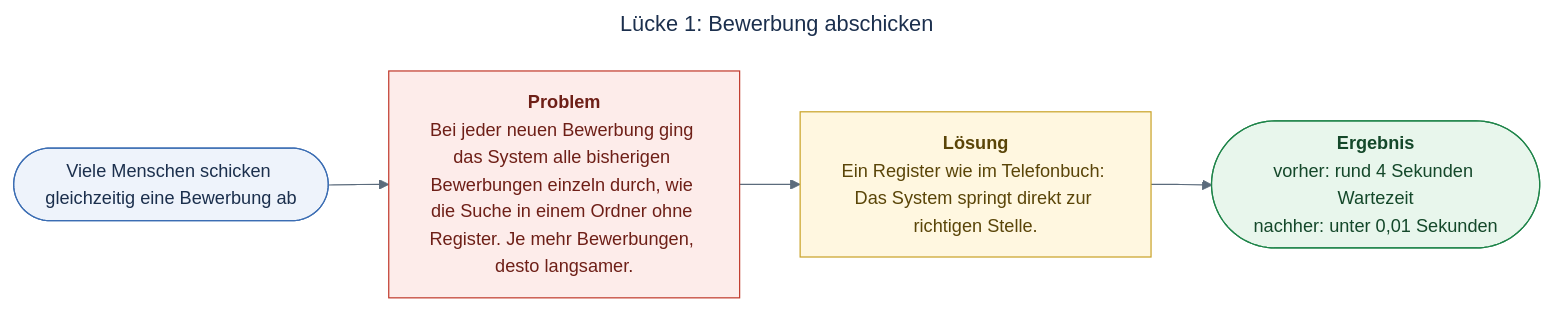
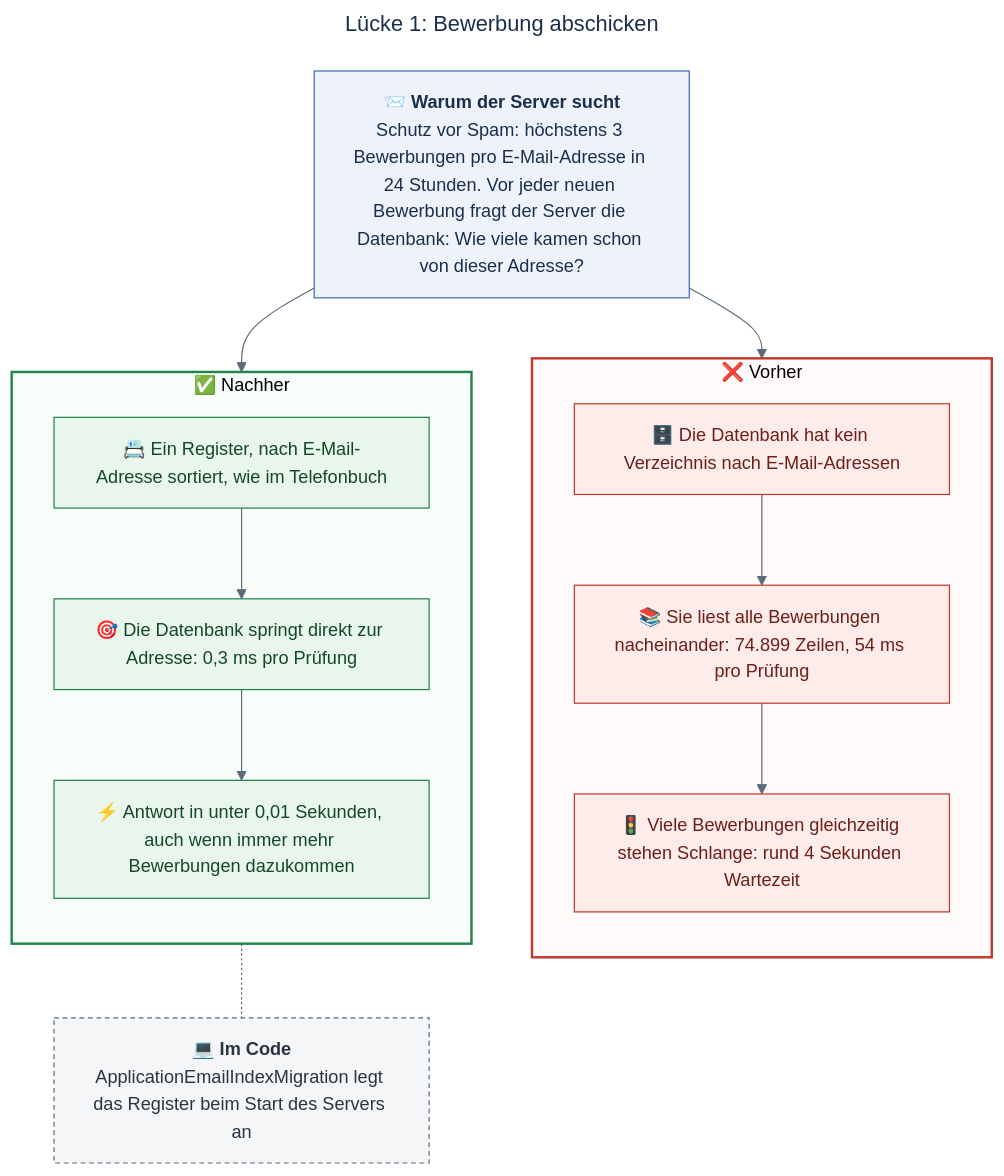
One commit to kamalshekho/design-thinking-workshop changed the third of 5 diagrams in load-test/RESULTS.md. Above: the diagram before and after it, drawn with Mermaid. The commit also changed other lines of this file, not shown here.

Commit message:
docs(load-test): explain each gap in plain words with icon diagrams and code pointers

````diff
--- a/load-test/RESULTS.md
+++ b/load-test/RESULTS.md
@@ -105,33 +114,44 @@
 ```mermaid
 ---
 title: "Lücke 1: Bewerbung abschicken"
 config:
   theme: base
   themeVariables:
     fontSize: "15px"
     primaryColor: "#eef3fb"
     primaryBorderColor: "#3b6db3"
     primaryTextColor: "#1b2f4d"
     lineColor: "#5b6b7c"
     edgeLabelBackground: "#ffffff"
+    clusterBkg: "#ffffff"
   flowchart:
-    wrappingWidth: 230
+    wrappingWidth: 250
     curve: basis
 ---
-flowchart LR
-    %% Situation, problem, fix, result: read from left to right.
-    s([Viele Menschen schicken gleichzeitig eine Bewerbung ab])
-    p["<b>Problem</b><br/>Bei jeder neuen Bewerbung ging das System alle bisherigen Bewerbungen einzeln durch, wie die Suche in einem Ordner ohne Register. Je mehr Bewerbungen, desto langsamer."]
-    l["<b>Lösung</b><br/>Ein Register wie im Telefonbuch: Das System springt direkt zur richtigen Stelle."]
-    r(["<b>Ergebnis</b><br/>vorher: rund 4 Sekunden Wartezeit<br/>nachher: unter 0,01 Sekunden"])
-    s --> p --> l --> r
+flowchart TB
+    %% Why the check exists, what went wrong, what changed, where it lives.
+    why["📨 <b>Warum der Server sucht</b><br/>Schutz vor Spam: höchstens 3 Bewerbungen pro E-Mail-Adresse in 24 Stunden. Vor jeder neuen Bewerbung fragt der Server die Datenbank: Wie viele kamen schon von dieser Adresse?"]
+    subgraph before["❌ Vorher"]
+        direction TB
+        b1["🗄️ Die Datenbank hat kein Verzeichnis nach E-Mail-Adressen"] --> b2["📚 Sie liest alle Bewerbungen nacheinander: 74.899 Zeilen, 54 ms pro Prüfung"] --> b3["🚦 Viele Bewerbungen gleichzeitig stehen Schlange: rund 4 Sekunden Wartezeit"]
+    end
+    subgraph after["✅ Nachher"]
+        direction TB
+        a1["📇 Ein Register, nach E-Mail-Adresse sortiert, wie im Telefonbuch"] --> a2["🎯 Die Datenbank springt direkt zur Adresse: 0,3 ms pro Prüfung"] --> a3["⚡ Antwort in unter 0,01 Sekunden, auch wenn immer mehr Bewerbungen dazukommen"]
+    end
+    code["💻 <b>Im Code</b><br/>ApplicationEmailIndexMigration legt das Register beim Start des Servers an"]
+    why --> before
+    why --> after
+    after -.- code
 
-    classDef situation fill:#eef3fb,stroke:#3b6db3,color:#1b2f4d
+    classDef why fill:#eef3fb,stroke:#3b6db3,color:#1b2f4d
     classDef bad fill:#fdecea,stroke:#c0392b,color:#6e1f17
-    classDef work fill:#fff7e0,stroke:#c9a227,color:#5a4508
-    classDef ok fill:#e8f6ec,stroke:#1e8449,color:#14482a
-    class s situation
-    class p bad
-    class l work
-    class r ok
+    classDef good fill:#e8f6ec,stroke:#1e8449,color:#14482a
+    classDef code fill:#f4f6f8,stroke:#5b6b7c,color:#2b3540,stroke-dasharray:4 3
+    class why why
+    class b1,b2,b3 bad
+    class a1,a2,a3 good
+    class code code
+    style before fill:#fffafa,stroke:#c0392b,stroke-width:2px
+    style after fill:#f8fdf9,stroke:#1e8449,stroke-width:2px
 ```
````
